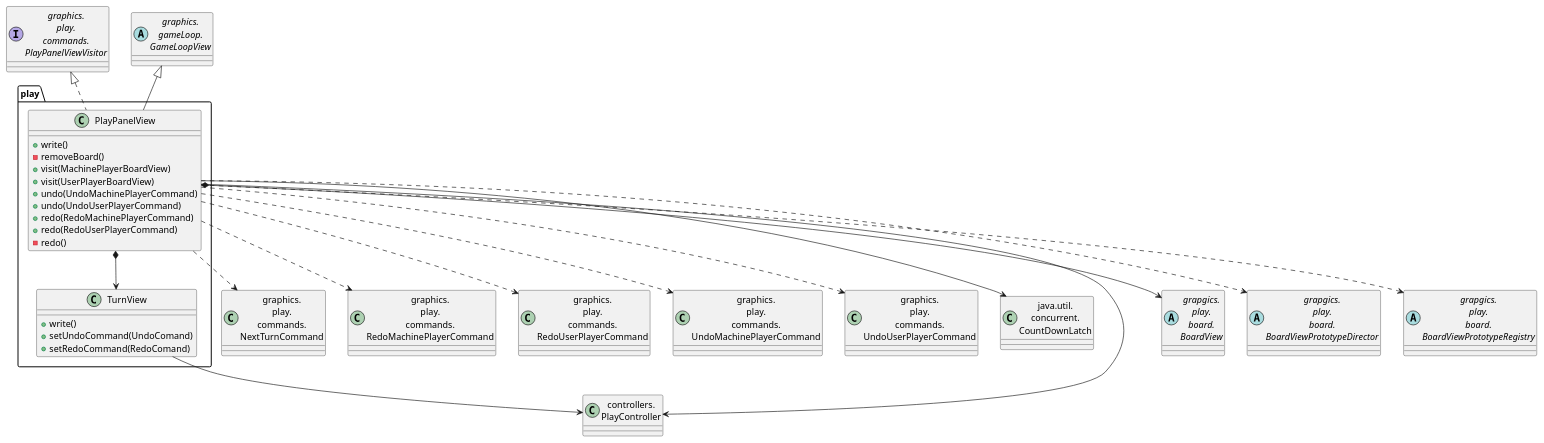
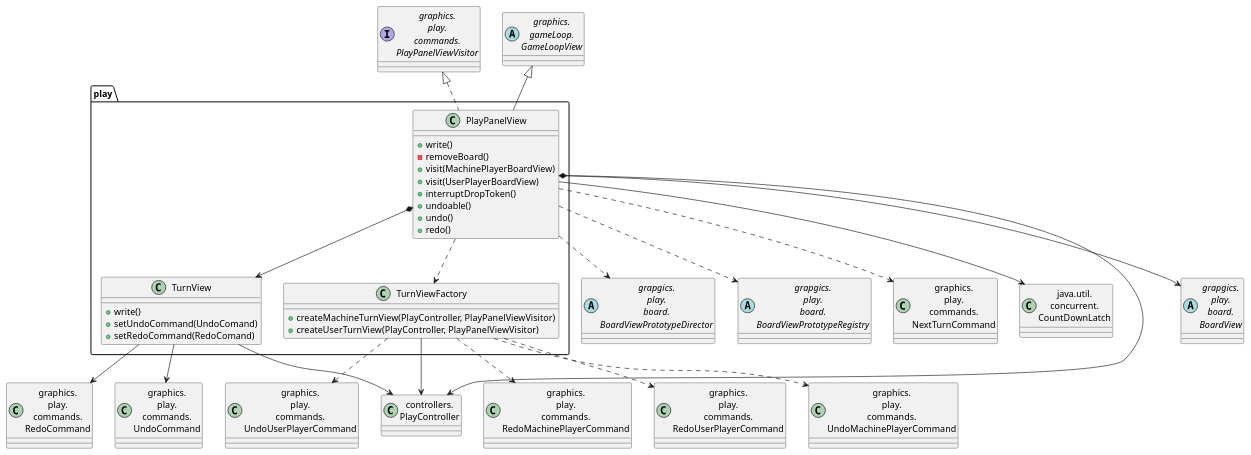
Before and after one commit to js-rom/connect4: the diagram in connect4/Docs/diagrams/src/packages/connect4.connect4.views.graphics.play.plantuml, drawn with PlantUML. The commit also changed 8 other files, not shown here.

Commit message:
refactor: reduce PlayPanelView dependencies #8

```diff
--- a/connect4/Docs/diagrams/src/packages/connect4.connect4.views.graphics.play.plantuml
+++ b/connect4/Docs/diagrams/src/packages/connect4.connect4.views.graphics.play.plantuml
@@ -1,52 +1,62 @@
 @startuml connect4.connect4.views.graphics.play
 
 class PlayPanelViewVisitor as "graphics.\nplay.\ncommands.\nPlayPanelViewVisitor"
 class NextTurnCommand as "graphics.\nplay.\ncommands.\nNextTurnCommand"
 class RedoMachinePlayerCommand as "graphics.\nplay.\ncommands.\nRedoMachinePlayerCommand"
 class RedoUserPlayerCommand as "graphics.\nplay.\ncommands.\nRedoUserPlayerCommand"
 class UndoMachinePlayerCommand as "graphics.\nplay.\ncommands.\nUndoMachinePlayerCommand"
 class UndoUserPlayerCommand as "graphics.\nplay.\ncommands.\nUndoUserPlayerCommand"
+class RedoCommand as "graphics.\nplay.\ncommands.\nRedoCommand"
+class UndoCommand as "graphics.\nplay.\ncommands.\nUndoCommand"
 
 abstract class GameLoopView as "graphics.\ngameLoop.\nGameLoopView"
 interface PlayPanelViewVisitor as "grapgics.\nplay.\ncommands.\nPlayPanelViewVisitor"
 class CountDownLatch as "java.util.\nconcurrent.\nCountDownLatch"
 class PlayController as "controllers.\nPlayController"
 abstract class BoardView as "grapgics.\nplay.\nboard.\nBoardView"
 abstract class BoardViewPrototypeDirector as "grapgics.\nplay.\nboard.\nBoardViewPrototypeDirector"
 abstract class BoardViewPrototypeRegistry as "grapgics.\nplay.\nboard.\nBoardViewPrototypeRegistry"
 
 
 class play.PlayPanelView{
     +write()
     -removeBoard()
     +visit(MachinePlayerBoardView)
     +visit(UserPlayerBoardView)
-    +undo(UndoMachinePlayerCommand)
-    +undo(UndoUserPlayerCommand)
-    +redo(RedoMachinePlayerCommand)
-    +redo(RedoUserPlayerCommand)
-    -redo()
+    +interruptDropToken()
+    +undoable()
+    +undo()
+    +redo()
 }
 
 class play.TurnView{
     +write()
     +setUndoCommand(UndoComand)
     +setRedoCommand(RedoComand)
+}
+
+class play.TurnViewFactory{
+    +createMachineTurnView(PlayController, PlayPanelViewVisitor)
+    +createUserTurnView(PlayController, PlayPanelViewVisitor)
 }
 
 PlayPanelView --> PlayController
 PlayPanelView --> CountDownLatch
 GameLoopView <|-- PlayPanelView
 PlayPanelViewVisitor <|.. PlayPanelView
 PlayPanelView *--> BoardView
 PlayPanelView ..> BoardViewPrototypeRegistry
 PlayPanelView ..> BoardViewPrototypeDirector
 TurnView --> PlayController
+TurnView --> UndoCommand
+TurnView --> RedoCommand
 PlayPanelView *--> TurnView
+PlayPanelView ..> TurnViewFactory
 PlayPanelView ..> NextTurnCommand
-PlayPanelView ..> RedoMachinePlayerCommand
-PlayPanelView ..> RedoUserPlayerCommand
-PlayPanelView ..> UndoMachinePlayerCommand
-PlayPanelView ..> UndoUserPlayerCommand
+TurnViewFactory --> PlayController
+TurnViewFactory ..> RedoMachinePlayerCommand
+TurnViewFactory ..> RedoUserPlayerCommand
+TurnViewFactory ..> UndoMachinePlayerCommand
+TurnViewFactory ..> UndoUserPlayerCommand
 
 @enduml
```
